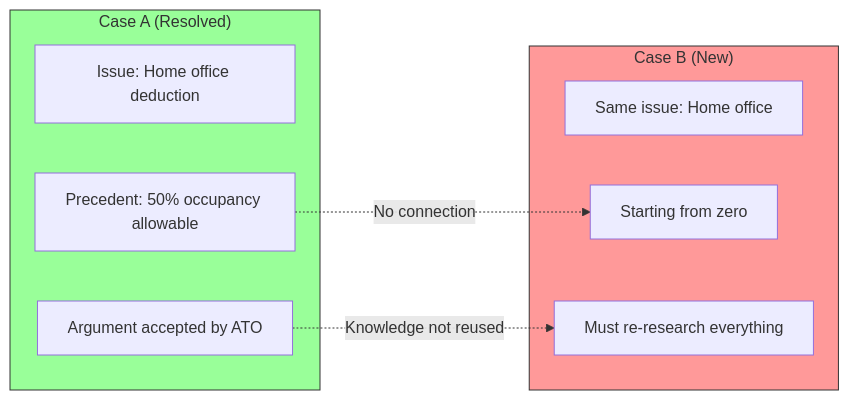
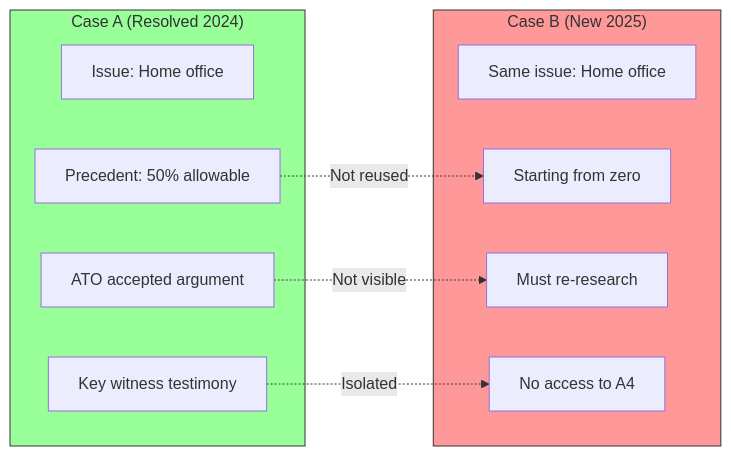
Before and after one commit to anguyenbus/ragflowdemo: the fifth of 23 diagrams in docs/casewiki-rationale.md, drawn with Mermaid. The commit also changed other lines of this file, not shown here.

````diff
--- a/docs/casewiki-rationale.md
+++ b/docs/casewiki-rationale.md
@@ -73,20 +175,23 @@
 ```mermaid
 graph LR
-    subgraph Case_A["Case A (Resolved)"]
-        A1[Issue: Home office deduction]
-        A2[Precedent: 50% occupancy allowable]
-        A3[Argument accepted by ATO]
+    subgraph Case_A["Case A (Resolved 2024)"]
+        A1[Issue: Home office]
+        A2[Precedent: 50% allowable]
+        A3[ATO accepted argument]
+        A4[Key witness testimony]
     end
 
-    subgraph Case_B["Case B (New)"]
+    subgraph Case_B["Case B (New 2025)"]
         B1[Same issue: Home office]
         B2[Starting from zero]
-        B3[Must re-research everything]
+        B3[Must re-research]
+        B4[No access to A4]
     end
 
-    A2 -.->|No connection| B2
-    A3 -.->|Knowledge not reused| B3
+    A2 -.->|Not reused| B2
+    A3 -.->|Not visible| B3
+    A4 -.->|Isolated| B4
 
     style Case_A fill:#9f9,stroke:#333
     style Case_B fill:#f99,stroke:#333
 ```
````
